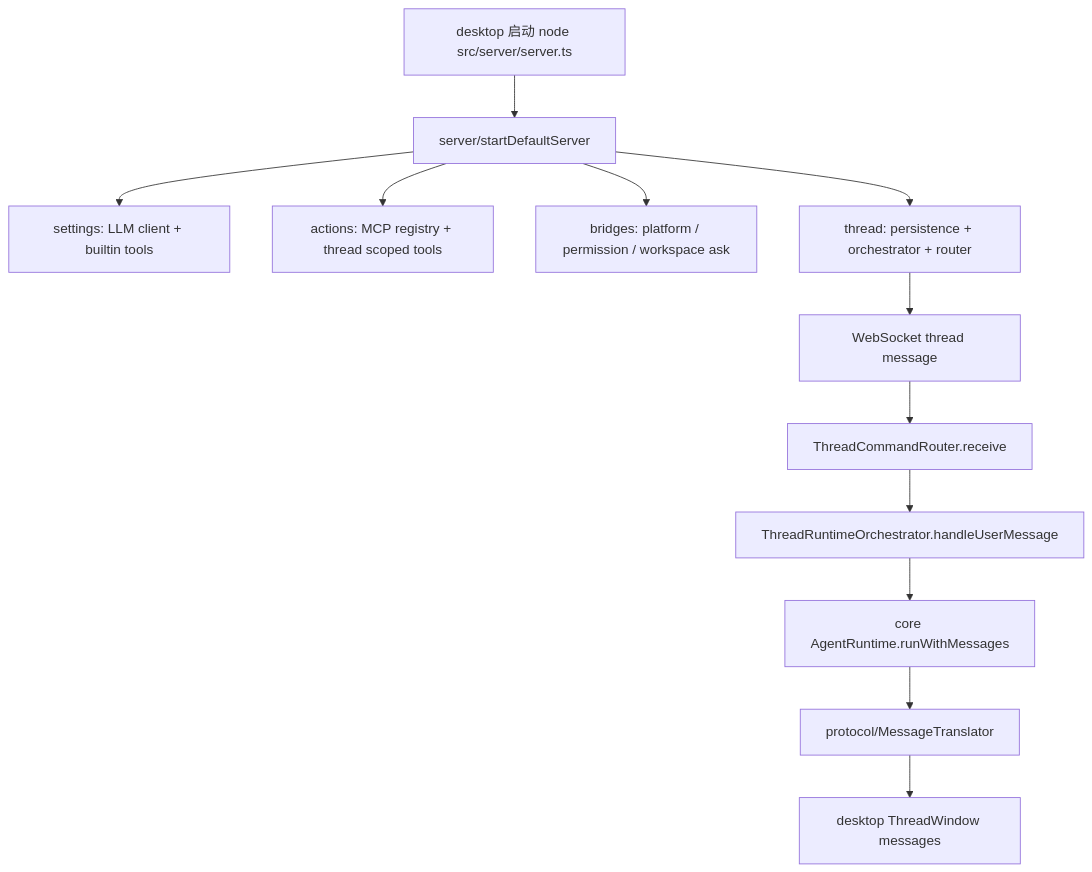
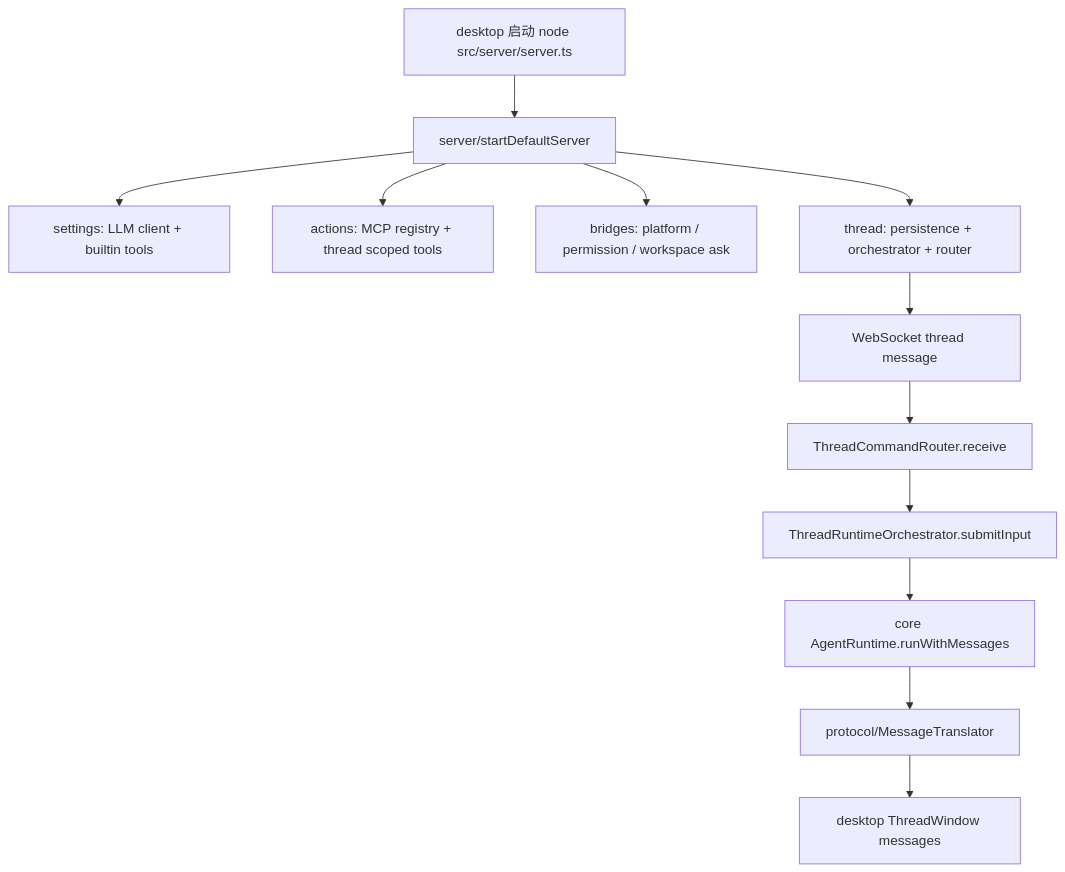
Before and after one commit to Lixuhang987/SpotAgent: the diagram in apps/agent-server/src/src.md, drawn with Mermaid. The commit also changed 26 other files, not shown here.

Commit message:
refactor: migrate thread input to input.submit

````diff
--- a/apps/agent-server/src/src.md
+++ b/apps/agent-server/src/src.md
@@ -20,14 +20,14 @@
 ```mermaid
 flowchart TD
   A["desktop 启动 node src/server/server.ts"] --> B["server/startDefaultServer"]
   B --> C["settings: LLM client + builtin tools"]
   B --> D["actions: MCP registry + thread scoped tools"]
   B --> E["bridges: platform / permission / workspace ask"]
   B --> F["thread: persistence + orchestrator + router"]
   F --> G["WebSocket thread message"]
   G --> H["ThreadCommandRouter.receive"]
-  H --> I["ThreadRuntimeOrchestrator.handleUserMessage"]
+  H --> I["ThreadRuntimeOrchestrator.submitInput"]
   I --> J["core AgentRuntime.runWithMessages"]
   J --> K["protocol/MessageTranslator"]
   K --> L["desktop ThreadWindow messages"]
 ```
````
